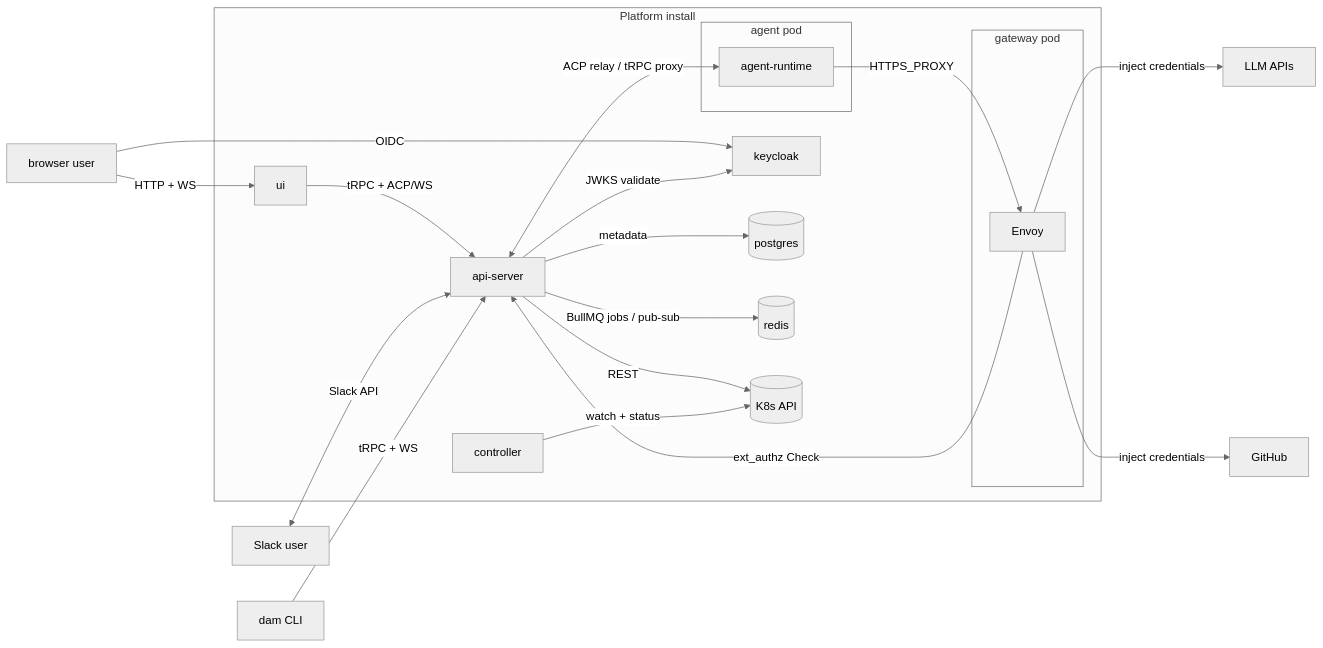
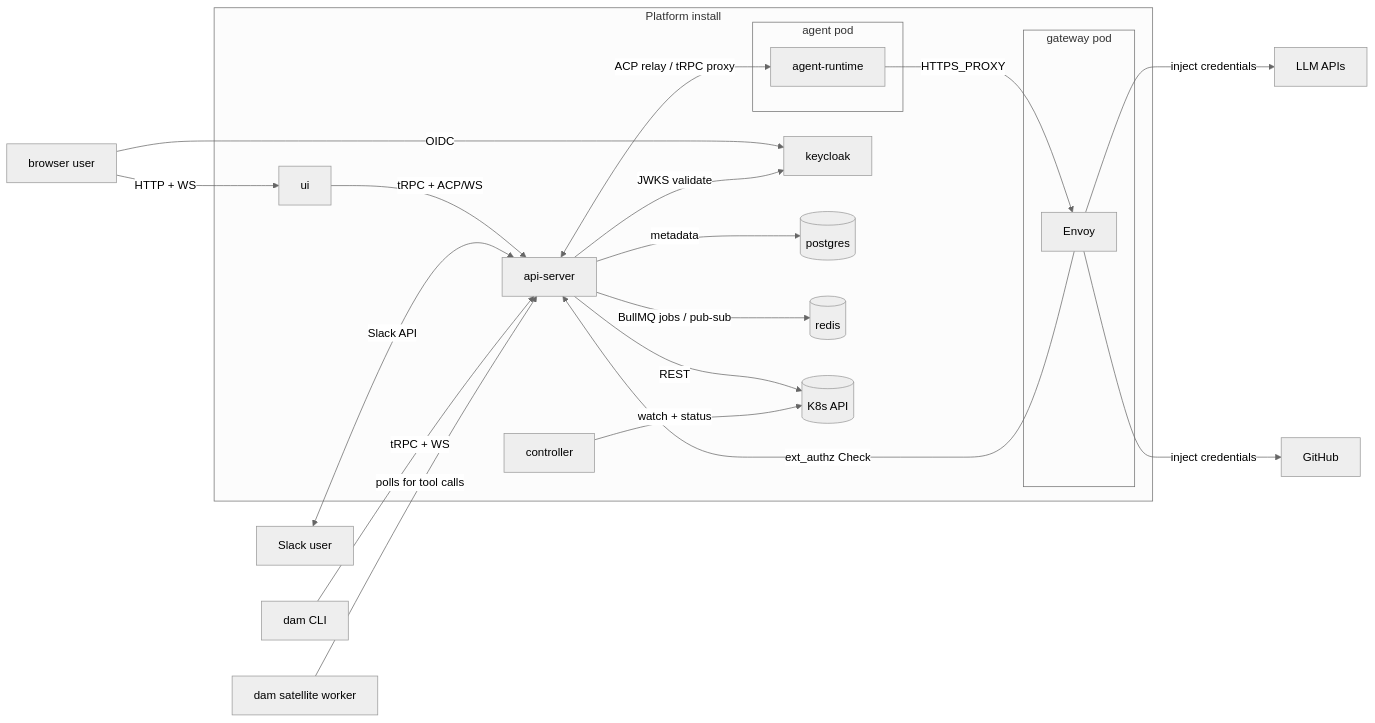
The diagram in docs/architecture.md (dam-agents/dam), drawn with Mermaid (neutral theme) before and after one commit. The commit also changed other lines of this file and 56 other files, not shown here.

````diff
--- a/docs/architecture.md
+++ b/docs/architecture.md
@@ -7,45 +7,47 @@
 ```mermaid
 flowchart LR
   user[browser user]
   slack-user[Slack user]
   cli[dam CLI]
+  satellite[dam satellite worker]
   llm[LLM APIs]
   github[GitHub]
 
   subgraph cluster[Platform install]
     ui[ui]
     api-server[api-server]
     controller[controller]
     keycloak[keycloak]
     postgres[(postgres)]
     redis[(redis)]
     k8s-api[(K8s API)]
     subgraph agentpod[agent pod]
       agent-runtime
     end
     subgraph gatewaypod[gateway pod]
       envoy[Envoy]
     end
   end
 
   user -->|HTTP + WS| ui
   ui -->|tRPC + ACP/WS| api-server
   user -->|OIDC| keycloak
 
   slack-user <-->|Slack API| api-server
 
   cli -->|tRPC + WS| api-server
+  satellite -->|polls for tool calls| api-server
 
   api-server <-->|ACP relay / tRPC proxy| agent-runtime
   api-server -->|REST| k8s-api
   api-server -->|JWKS validate| keycloak
   api-server -->|metadata| postgres
   api-server -->|BullMQ jobs / pub-sub| redis
 
   controller -->|watch + status| k8s-api
 
   agent-runtime -->|HTTPS_PROXY| envoy
   envoy -->|ext_authz Check| api-server
   envoy -->|inject credentials| llm
   envoy -->|inject credentials| github
 ```
````
